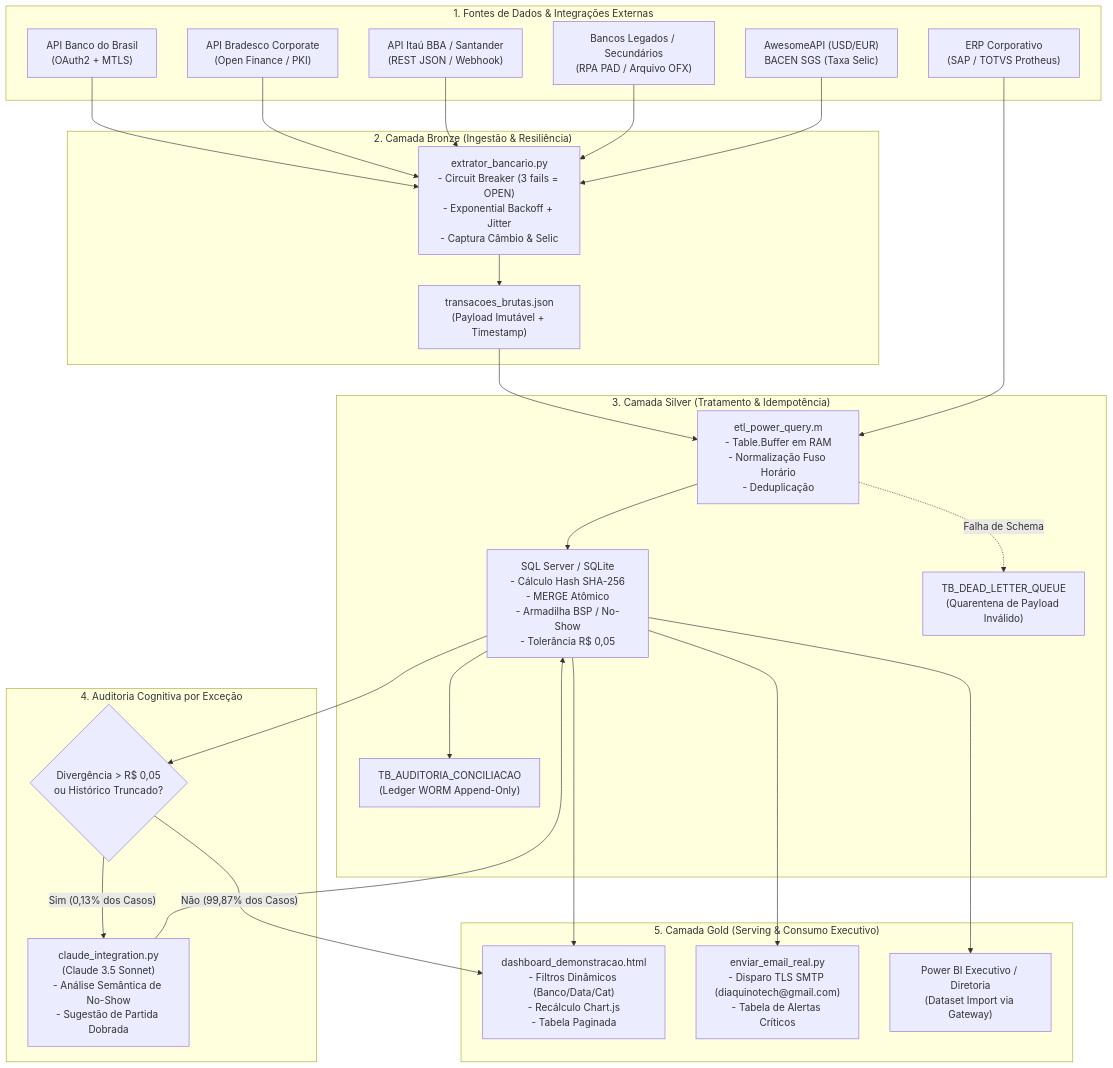
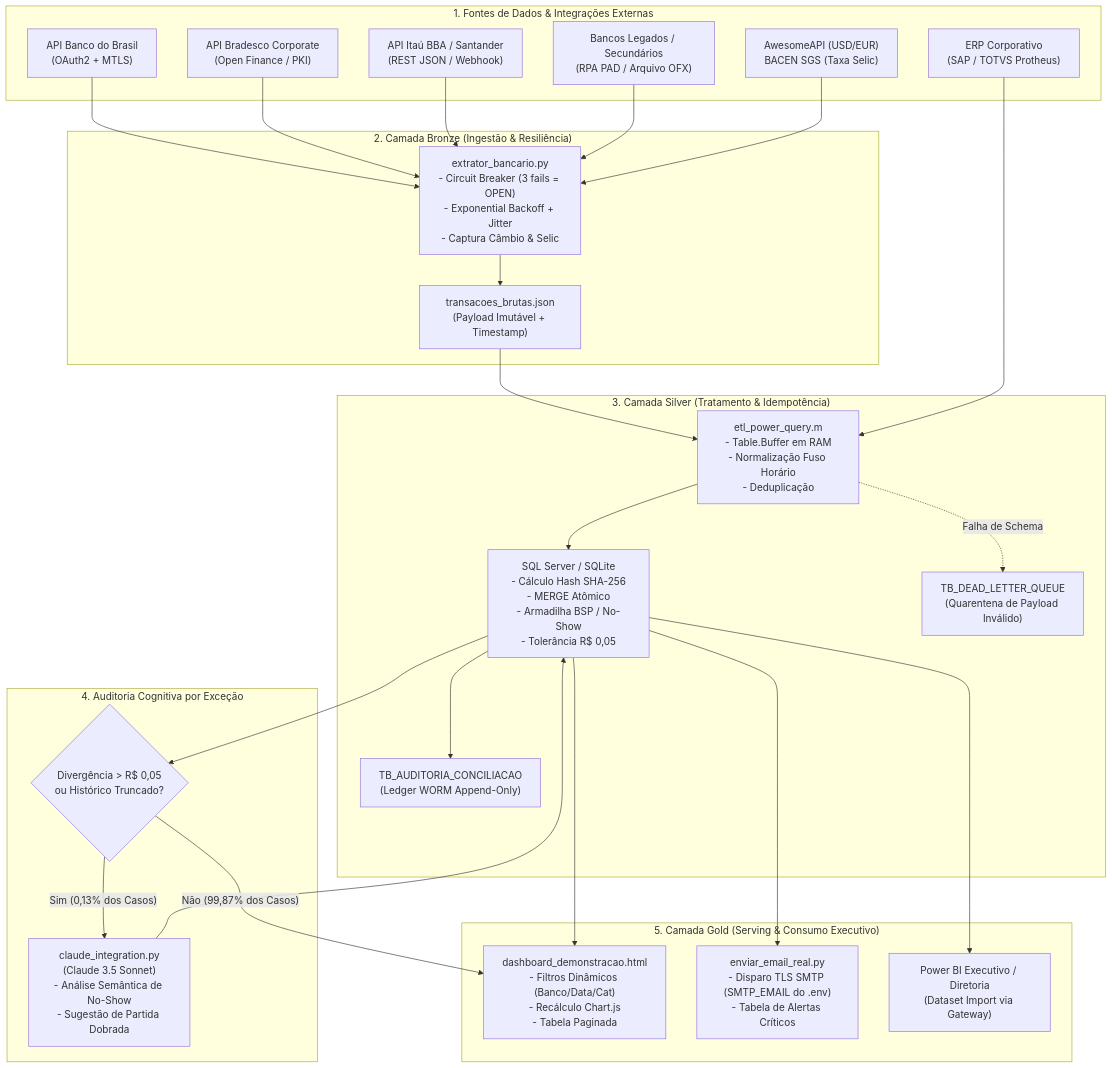
One commit to diaquinodev/conciliacao-bancaria-automacao changed the diagram in docs/10_DOCUMENTACAO_ENGENHARIA_DADOS.md. Above: the diagram before and after it, drawn with Mermaid. The commit also changed other lines of this file and 48 other files, not shown here.

````diff
--- a/docs/10_DOCUMENTACAO_ENGENHARIA_DADOS.md
+++ b/docs/10_DOCUMENTACAO_ENGENHARIA_DADOS.md
@@ -367,50 +365,50 @@
 ```mermaid
 flowchart TD
     subgraph SOURCELAYER["1. Fontes de Dados & Integrações Externas"]
         B1["API Banco do Brasil\n(OAuth2 + MTLS)"]
         B2["API Bradesco Corporate\n(Open Finance / PKI)"]
         B3["API Itaú BBA / Santander\n(REST JSON / Webhook)"]
         B4["Bancos Legados / Secundários\n(RPA PAD / Arquivo OFX)"]
         ERP["ERP Corporativo\n(SAP / TOTVS Protheus)"]
         API_CAMBIO["AwesomeAPI (USD/EUR)\nBACEN SGS (Taxa Selic)"]
     end
 
     subgraph BRONZELAYER["2. Camada Bronze (Ingestão & Resiliência)"]
         PY_EXTRACT["extrator_bancario.py\n- Circuit Breaker (3 fails = OPEN)\n- Exponential Backoff + Jitter\n- Captura Câmbio & Selic"]
         RAW_JSON["transacoes_brutas.json\n(Payload Imutável + Timestamp)"]
     end
 
     subgraph SILVERLAYER["3. Camada Silver (Tratamento & Idempotência)"]
         M_ENGINE["etl_power_query.m\n- Table.Buffer em RAM\n- Normalização Fuso Horário\n- Deduplicação"]
         SQL_MERGE["SQL Server / SQLite\n- Cálculo Hash SHA-256\n- MERGE Atômico\n- Armadilha BSP / No-Show\n- Tolerância R$ 0,05"]
         DLQ["TB_DEAD_LETTER_QUEUE\n(Quarentena de Payload Inválido)"]
         AUDIT_LEDGER["TB_AUDITORIA_CONCILIACAO\n(Ledger WORM Append-Only)"]
     end
 
     subgraph COGNITIVELAYER["4. Auditoria Cognitiva por Exceção"]
         AI_FILTER{"Divergência > R$ 0,05\nou Histórico Truncado?"}
         CLAUDE_ENGINE["claude_integration.py\n(Claude 3.5 Sonnet)\n- Análise Semântica de No-Show\n- Sugestão de Partida Dobrada"]
     end
 
     subgraph GOLDLAYER["5. Camada Gold (Serving & Consumo Executivo)"]
         DASH_HTML["dashboard_demonstracao.html\n- Filtros Dinâmicos (Banco/Data/Cat)\n- Recálculo Chart.js\n- Tabela Paginada"]
-        NOTIF_FLOW["enviar_email_real.py\n- Disparo TLS SMTP (diaquinotech@gmail.com)\n- Tabela de Alertas Críticos"]
+        NOTIF_FLOW["enviar_email_real.py\n- Disparo TLS SMTP (SMTP_EMAIL do .env)\n- Tabela de Alertas Críticos"]
         POWER_BI["Power BI Executivo / Diretoria\n(Dataset Import via Gateway)"]
     end
 
     B1 & B2 & B3 & B4 --> PY_EXTRACT
     API_CAMBIO --> PY_EXTRACT
     PY_EXTRACT --> RAW_JSON
     RAW_JSON --> M_ENGINE
     ERP --> M_ENGINE
     M_ENGINE --> SQL_MERGE
     M_ENGINE -.->|Falha de Schema| DLQ
     SQL_MERGE --> AUDIT_LEDGER
     SQL_MERGE --> AI_FILTER
     AI_FILTER -- "Sim (0,13% dos Casos)" --> CLAUDE_ENGINE
     AI_FILTER -- "Não (99,87% dos Casos)" --> DASH_HTML
     CLAUDE_ENGINE --> SQL_MERGE
     SQL_MERGE --> DASH_HTML
     SQL_MERGE --> NOTIF_FLOW
     SQL_MERGE --> POWER_BI
 ```
````
